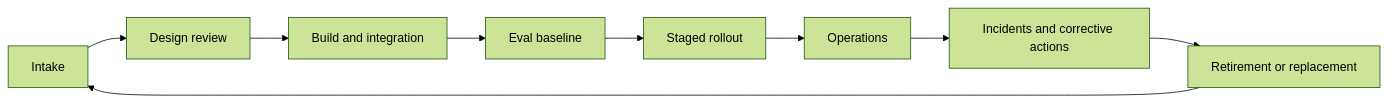
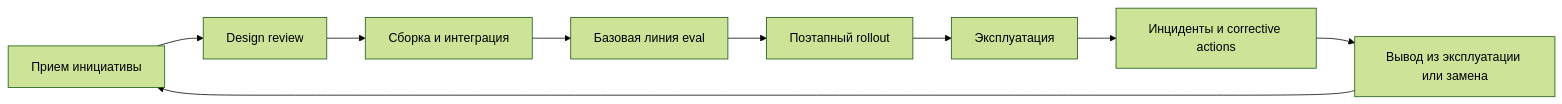
The second of 2 diagrams in docs/book/part-viii/chapter-19.md (agent-axiom/agent-arch), drawn with Mermaid (forest theme) before and after one commit. The commit also changed other lines of this file, not shown here.

````diff
--- a/docs/book/part-viii/chapter-19.md
+++ b/docs/book/part-viii/chapter-19.md
@@ -172,11 +172,11 @@
 ``` mermaid
 flowchart LR
-    A["Intake"] --> B["Design review"]
-    B --> C["Build and integration"]
-    C --> D["Eval baseline"]
-    D --> E["Staged rollout"]
-    E --> F["Operations"]
-    F --> G["Incidents and corrective actions"]
-    G --> H["Retirement or replacement"]
+    A["Прием инициативы"] --> B["Design review"]
+    B --> C["Сборка и интеграция"]
+    C --> D["Базовая линия eval"]
+    D --> E["Поэтапный rollout"]
+    E --> F["Эксплуатация"]
+    F --> G["Инциденты и corrective actions"]
+    G --> H["Вывод из эксплуатации или замена"]
     H --> A
 ```
````
